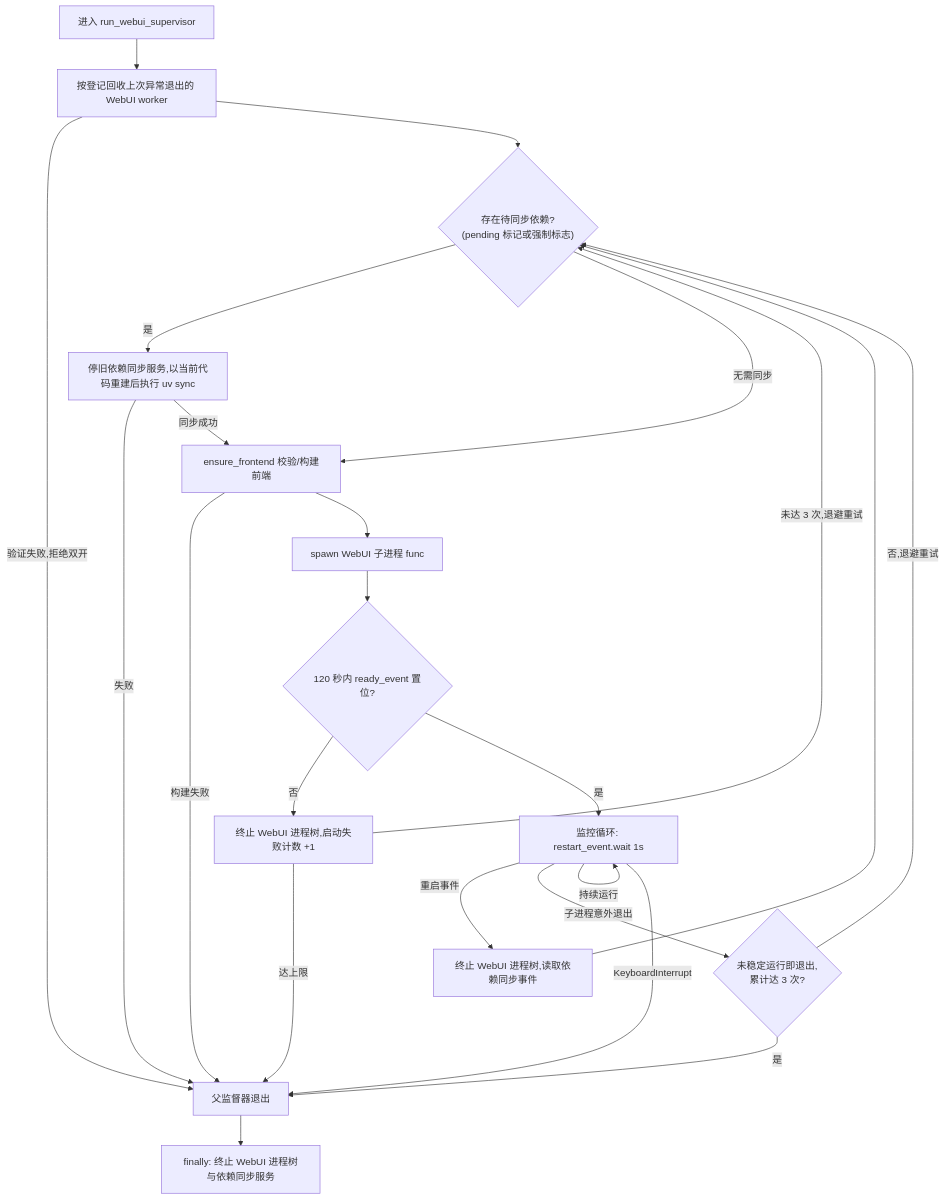
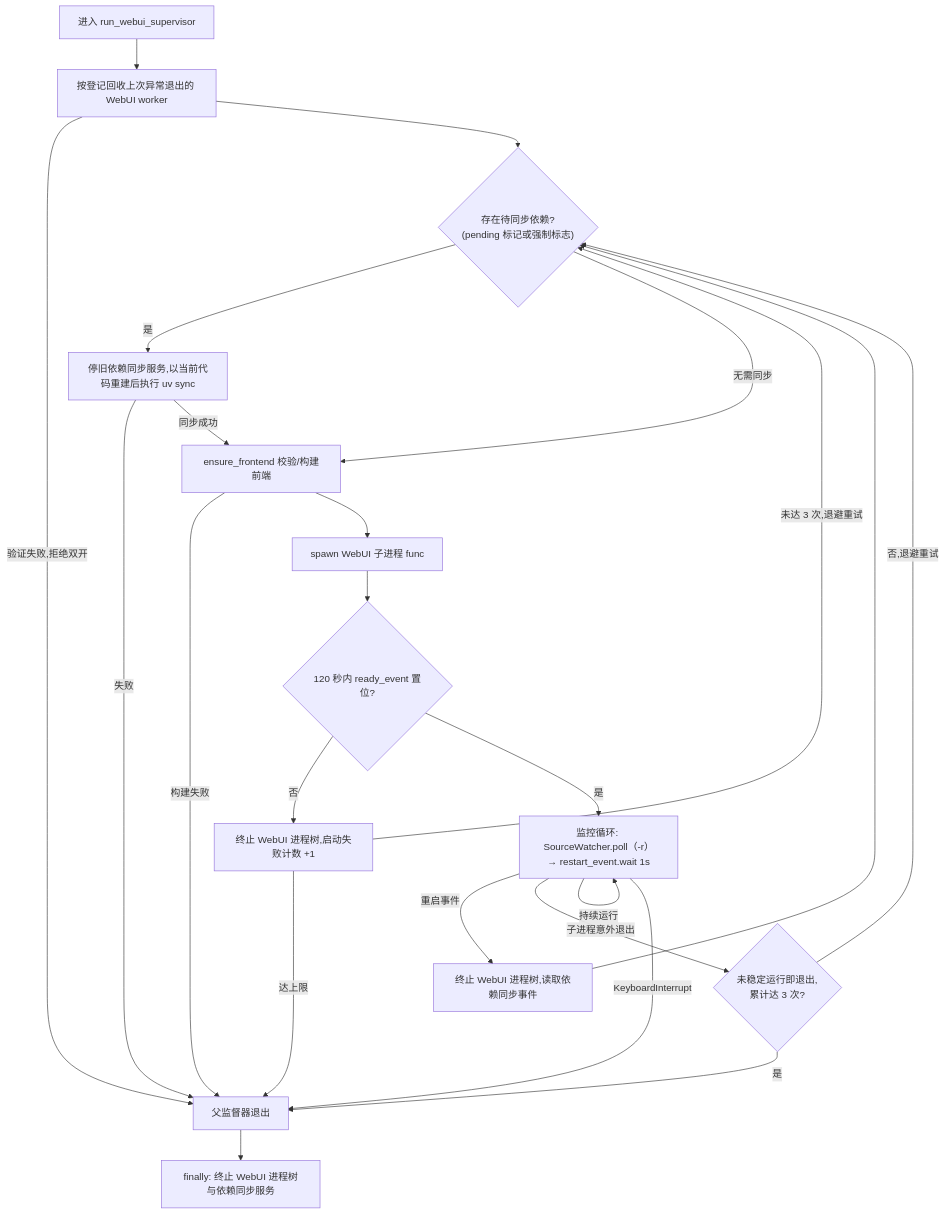
Before and after one commit to wess09/AzurPilot: the first of 2 diagrams in docs/modules/entry/gui.md, drawn with Mermaid. The commit also changed other lines of this file and 655 other files, not shown here.

````diff
--- a/docs/modules/entry/gui.md
+++ b/docs/modules/entry/gui.md
@@ -145,25 +158,25 @@
 ```mermaid
 flowchart TD
     A["进入 run_webui_supervisor"] --> B["按登记回收上次异常退出的 WebUI worker"]
     B -->|验证失败,拒绝双开| Z["父监督器退出"]
     B --> C{"存在待同步依赖?<br/>(pending 标记或强制标志)"}
     C -->|是| D["停旧依赖同步服务,以当前代码重建后执行 uv sync"]
     D -->|失败| Z
     C -->|无需同步| E["ensure_frontend 校验/构建前端"]
     D -->|同步成功| E
     E -->|构建失败| Z
     E --> F["spawn WebUI 子进程 func"]
     F --> G{"120 秒内 ready_event 置位?"}
     G -->|否| H["终止 WebUI 进程树,启动失败计数 +1"]
     H -->|未达 3 次,退避重试| C
     H -->|达上限| Z
-    G -->|是| I["监控循环: restart_event.wait 1s"]
+    G -->|是| I["监控循环: SourceWatcher.poll（-r）→ restart_event.wait 1s"]
     I -->|重启事件| J["终止 WebUI 进程树,读取依赖同步事件"]
     J --> C
     I -->|子进程意外退出| K{"未稳定运行即退出,<br/>累计达 3 次?"}
     K -->|是| Z
     K -->|否,退避重试| C
     I -->|持续运行| I
     I -->|KeyboardInterrupt| Z
     Z --> Y["finally: 终止 WebUI 进程树与依赖同步服务"]
 ```
````
